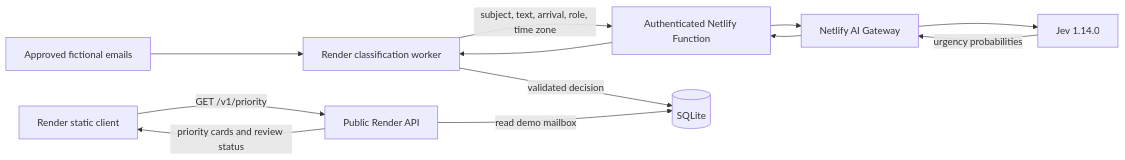
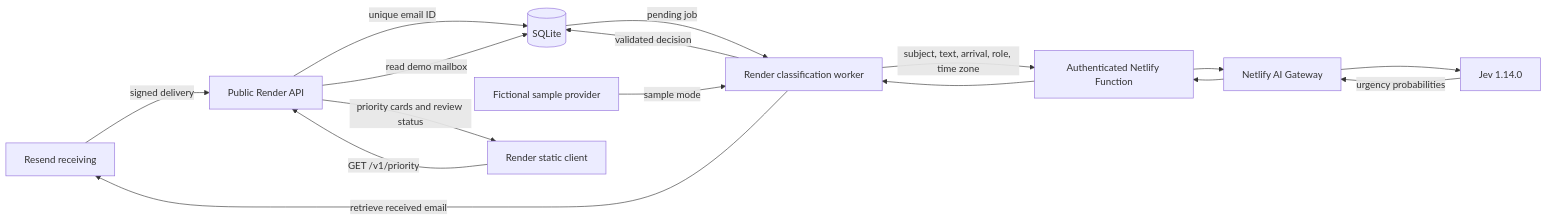
One commit to JonahBotelho/jev-priority-inbox changed the diagram in docs/architecture.md. Above: the diagram before and after it, drawn with Mermaid. The commit also changed other lines of this file and 21 other files, not shown here.

Commit message:
feat: classify incoming Resend mail in the public priority inbox

````diff
--- a/docs/architecture.md
+++ b/docs/architecture.md
@@ -3,14 +3,18 @@
 ```mermaid
 flowchart LR
-  Samples[Approved fictional emails] --> Worker[Render classification worker]
+  Resend[Resend receiving] -->|signed delivery| API[Public Render API]
+  API -->|unique email ID| SQLite[(SQLite)]
+  SQLite -->|pending job| Worker[Render classification worker]
+  Worker -->|retrieve received email| Resend
+  Samples[Fictional sample provider] -->|sample mode| Worker
   Worker -->|subject, text, arrival, role, time zone| Fn[Authenticated Netlify Function]
   Fn --> Gateway[Netlify AI Gateway]
   Gateway --> Jev[Jev 1.14.0]
   Jev -->|urgency probabilities| Gateway
   Gateway --> Fn
   Fn --> Worker
-  Worker -->|validated decision| SQLite[(SQLite)]
-  Browser[Render static client] -->|GET /v1/priority| API[Public Render API]
+  Worker -->|validated decision| SQLite
+  Browser[Render static client] -->|GET /v1/priority| API
   API -->|read demo mailbox| SQLite
   API -->|priority cards and review status| Browser
 ```
````
